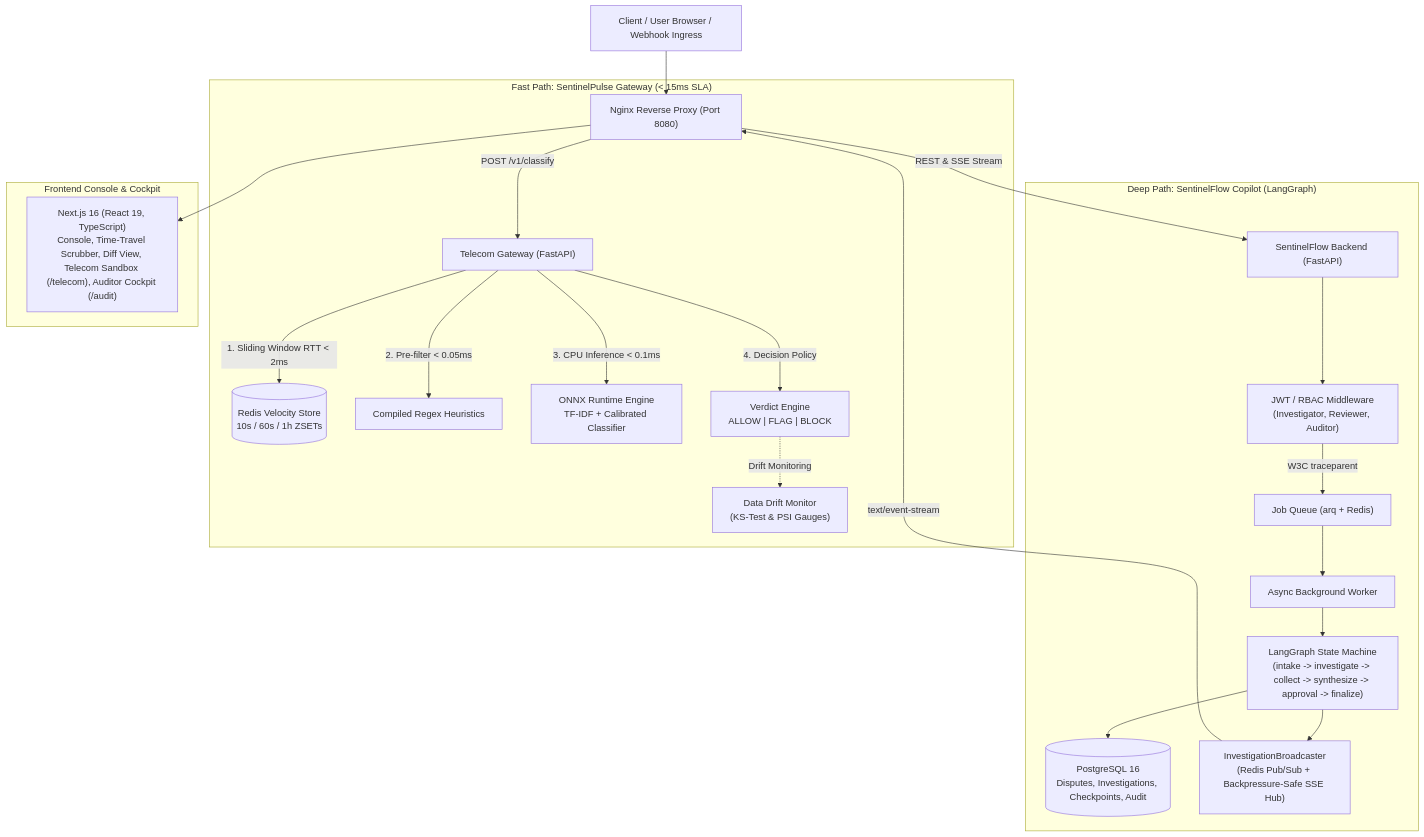
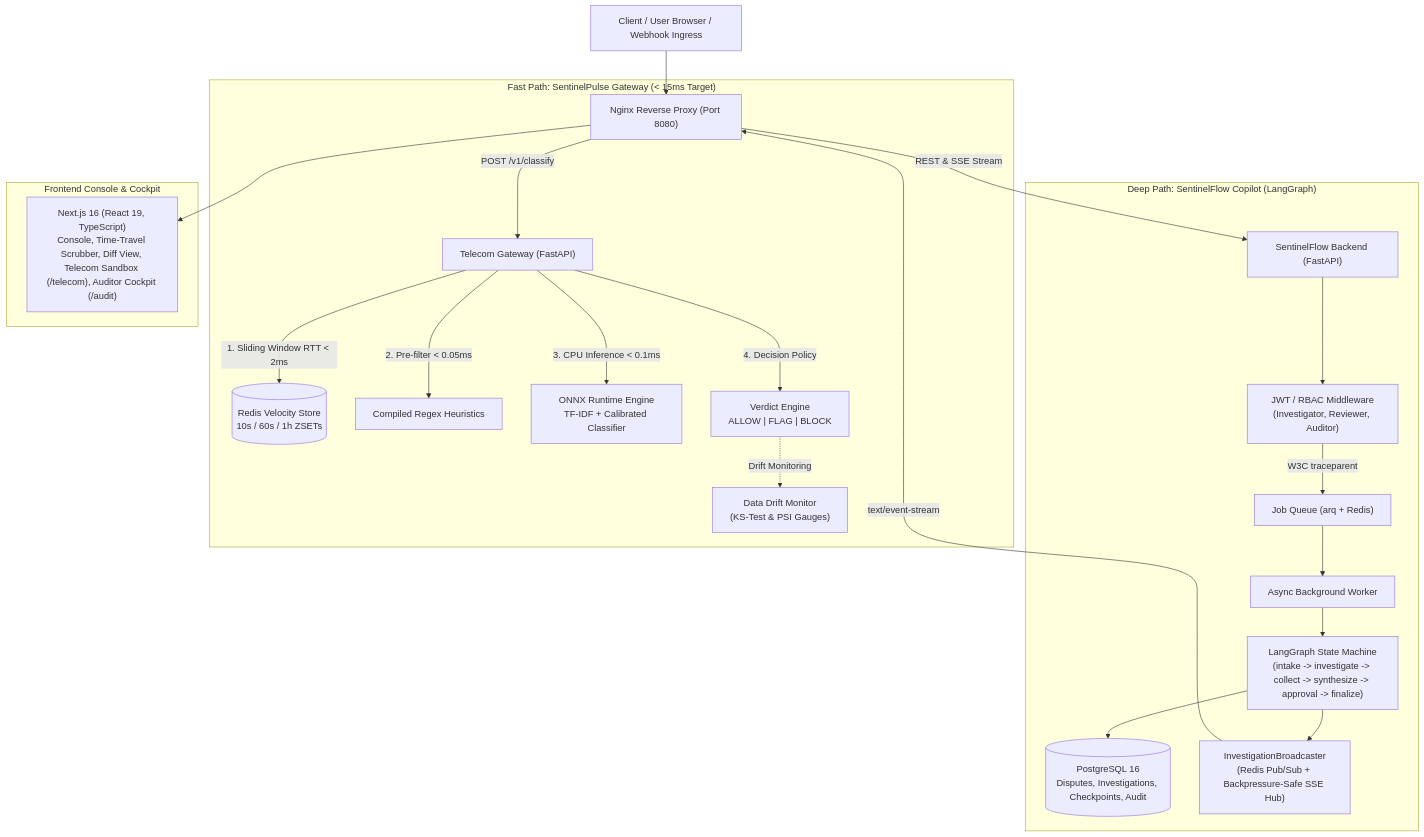
Before and after one commit to thiago-terceiro/sentinelflow: the diagram in PROJECT_CONTEXT.md, drawn with Mermaid. The commit also changed other lines of this file and 26 other files, not shown here.

````diff
--- a/PROJECT_CONTEXT.md
+++ b/PROJECT_CONTEXT.md
@@ -22,28 +22,28 @@
 ```mermaid
 flowchart TD
     Client["Client / User Browser / Webhook Ingress"] --> Nginx["Nginx Reverse Proxy (Port 8080)"]
     
-    subgraph "Fast Path: SentinelPulse Gateway (< 15ms SLA)"
+    subgraph "Fast Path: SentinelPulse Gateway (< 15ms Target)"
         Nginx -->|POST /v1/classify| FastGateway["Telecom Gateway (FastAPI)"]
         FastGateway -->|1. Sliding Window RTT < 2ms| RedisStore[("Redis Velocity Store<br/>10s / 60s / 1h ZSETs")]
         FastGateway -->|2. Pre-filter < 0.05ms| RegexEngine["Compiled Regex Heuristics"]
         FastGateway -->|3. CPU Inference < 0.1ms| ONNX["ONNX Runtime Engine<br/>TF-IDF + Calibrated Classifier"]
         FastGateway -->|4. Decision Policy| Verdict["Verdict Engine<br/>ALLOW | FLAG | BLOCK"]
         Verdict -.->|Drift Monitoring| DriftMon["Data Drift Monitor<br/>(KS-Test & PSI Gauges)"]
     end
 
     subgraph "Deep Path: SentinelFlow Copilot (LangGraph)"
         Nginx -->|REST & SSE Stream| BackendAPI["SentinelFlow Backend (FastAPI)"]
         BackendAPI --> Auth["JWT / RBAC Middleware<br/>(Investigator, Reviewer, Auditor)"]
         Auth -->|W3C traceparent| Queue["Job Queue (arq + Redis)"]
         Queue --> Worker["Async Background Worker"]
         Worker --> Graph["LangGraph State Machine<br/>(intake -> investigate -> collect -> synthesize -> approval -> finalize)"]
         Graph --> PG[("PostgreSQL 16<br/>Disputes, Investigations, Checkpoints, Audit")]
         Graph --> Broadcaster["InvestigationBroadcaster<br/>(Redis Pub/Sub + Backpressure-Safe SSE Hub)"]
         Broadcaster -->|text/event-stream| Nginx
     end
 
     subgraph "Frontend Console & Cockpit"
         Nginx --> FE["Next.js 16 (React 19, TypeScript)<br/>Console, Time-Travel Scrubber, Diff View, Telecom Sandbox (/telecom), Auditor Cockpit (/audit)"]
     end
 ```
````
